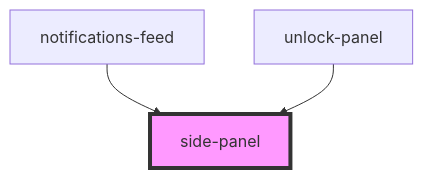
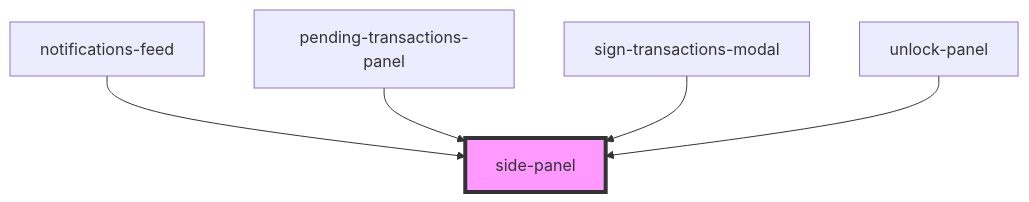
One commit to multiversx/mx-sdk-dapp-ui changed the diagram in src/components/visual/side-panel/readme.md. Above: the diagram before and after it, drawn with Mermaid. The commit also changed other lines of this file and 29 other files, not shown here.

Commit message:
Refactored side panel and migrated from modals

````diff
--- a/src/components/visual/side-panel/readme.md
+++ b/src/components/visual/side-panel/readme.md
@@ -32,6 +34,8 @@
 ```mermaid
 graph TD;
   notifications-feed --> side-panel
+  pending-transactions-panel --> side-panel
+  sign-transactions-modal --> side-panel
   unlock-panel --> side-panel
   style side-panel fill:#f9f,stroke:#333,stroke-width:4px
 ```
````
